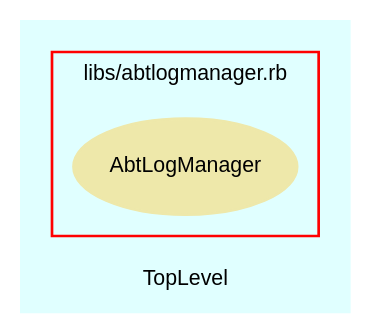
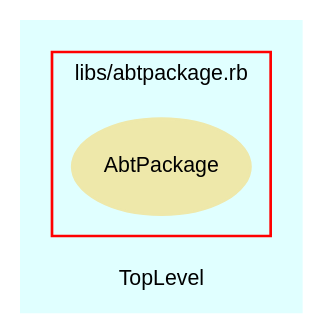
The diagram in src/trunk/doc/dot/f_2.dot (eschabell/abtlinux), drawn with Graphviz before and after one commit. The commit also changed 16 other files, not shown here.

```diff
--- a/src/trunk/doc/dot/f_2.dot
+++ b/src/trunk/doc/dot/f_2.dot
@@ -1,28 +1,28 @@
 digraph TopLevel {
     compound = true
     bgcolor = lightcyan1
     fontname = Arial
     fontsize = 8
     label = "TopLevel"
     node [
         fontname = Arial,
         fontsize = 8,
         color = black
     ]
 
     subgraph cluster_3 {
         fontname = Arial
         color = red
-        label = "libs/abtlogmanager.rb"
-        AbtLogManager [
+        label = "libs/abtpackage.rb"
+        AbtPackage [
             fontcolor = black,
-            URL = "classes/AbtLogManager.html",
+            URL = "classes/AbtPackage.html",
             shape = ellipse,
             color = palegoldenrod,
             style = filled,
-            label = "AbtLogManager"
+            label = "AbtPackage"
         ]
 
     }
 
 }
```
